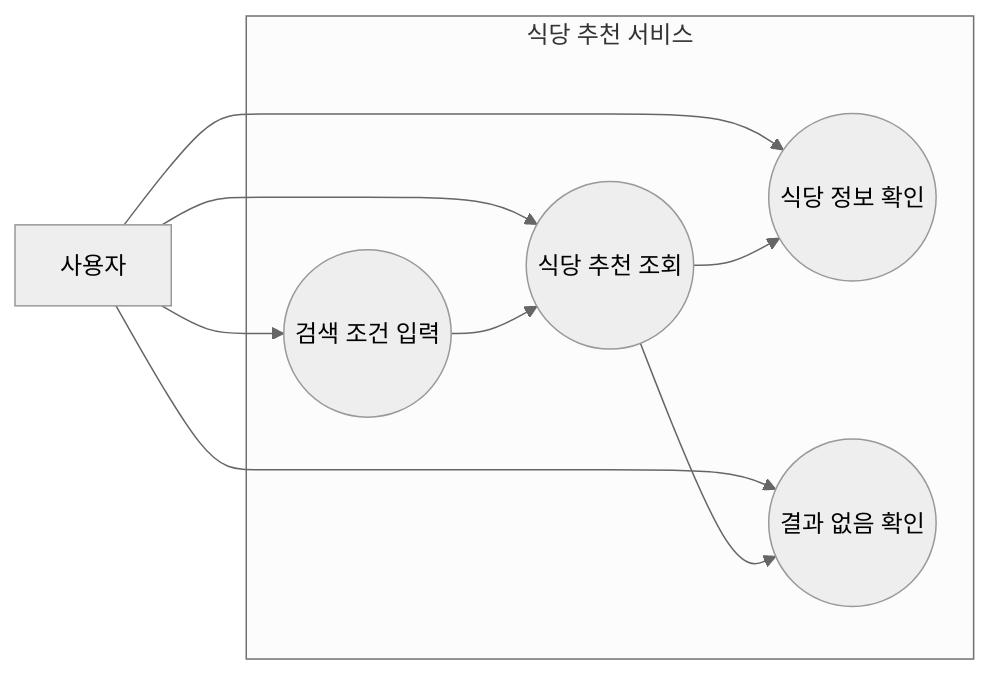
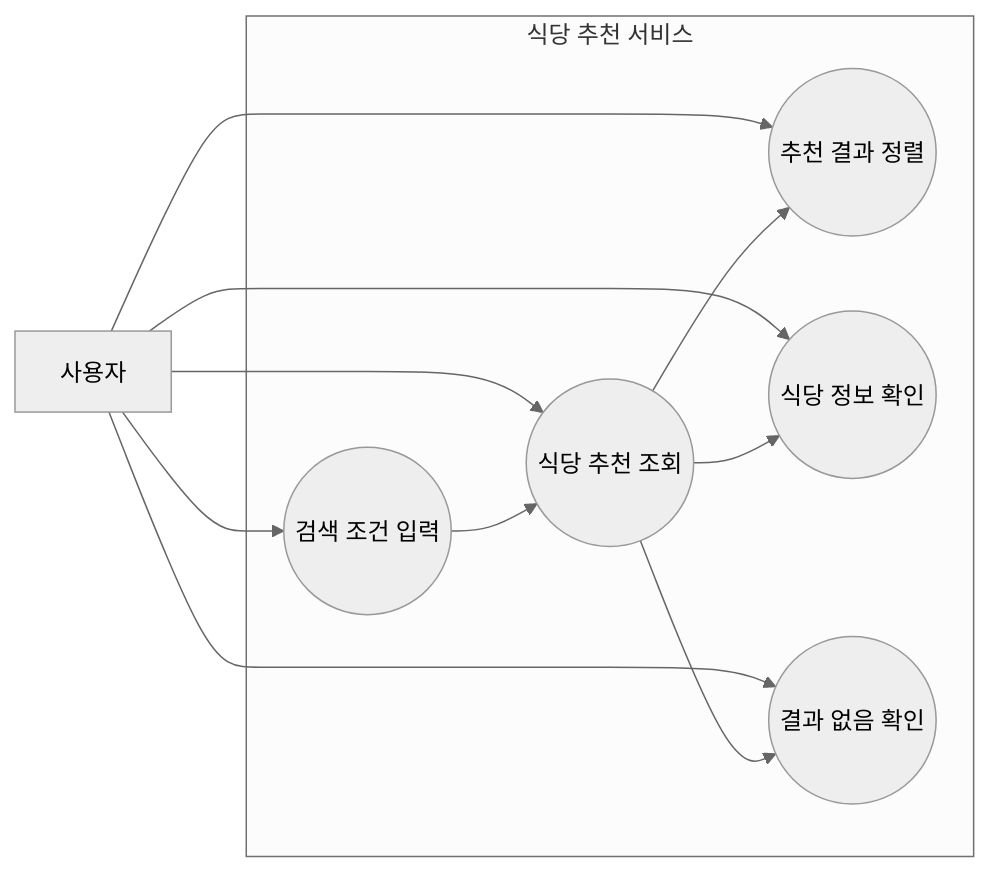
The diagram in docs/design.md (lucky7terry/restaurant-recommender), drawn with Mermaid (neutral theme) before and after one commit. The commit also changed other lines of this file and 1 other file, not shown here.

````diff
--- a/docs/design.md
+++ b/docs/design.md
@@ -35,20 +36,23 @@
 ```mermaid
 flowchart LR
     User[사용자]
 
     subgraph System[식당 추천 서비스]
         UC01((검색 조건 입력))
         UC02((식당 추천 조회))
-        UC03((식당 정보 확인))
-        UC04((결과 없음 확인))
+        UC03((추천 결과 정렬))
+        UC04((식당 정보 확인))
+        UC05((결과 없음 확인))
     end
 
     User --> UC01
     User --> UC02
     User --> UC03
     User --> UC04
+    User --> UC05
 
     UC01 --> UC02
     UC02 --> UC03
     UC02 --> UC04
+    UC02 --> UC05
 ```
````
